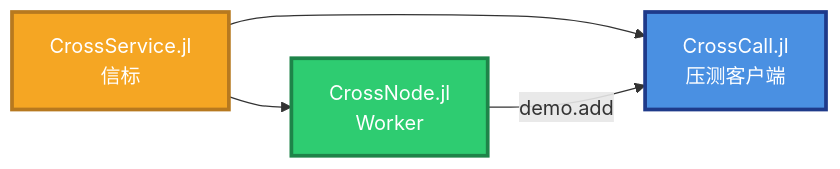
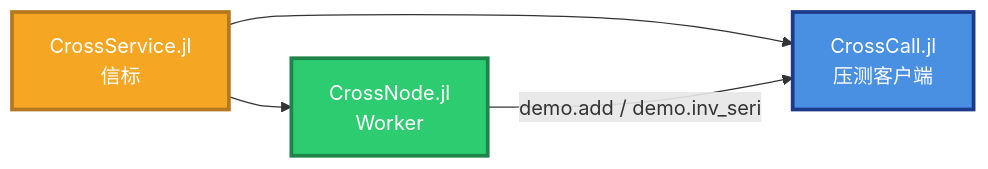
Before and after one commit to PassByYou888/LingoFuse: diagram 24 of 29 in julia/README.md, drawn with Mermaid. The commit also changed other lines of this file and 41 other files, not shown here.

````diff
--- a/julia/README.md
+++ b/julia/README.md
@@ -1031,10 +1157,10 @@
 ```mermaid
 flowchart LR
     S["CrossService.jl<br/>信标"] --> N["CrossNode.jl<br/>Worker"]
     S --> C["CrossCall.jl<br/>压测客户端"]
-    N -->|"demo.add"| C
+    N -->|"demo.add / demo.inv_seri"| C
 
     style S fill:#F5A623,stroke:#B7791F,stroke-width:3px,color:#FFFFFF
     style N fill:#2ECC71,stroke:#1E8449,stroke-width:3px,color:#FFFFFF
     style C fill:#4A90E2,stroke:#1E3A8A,stroke-width:3px,color:#FFFFFF
 ```
````
